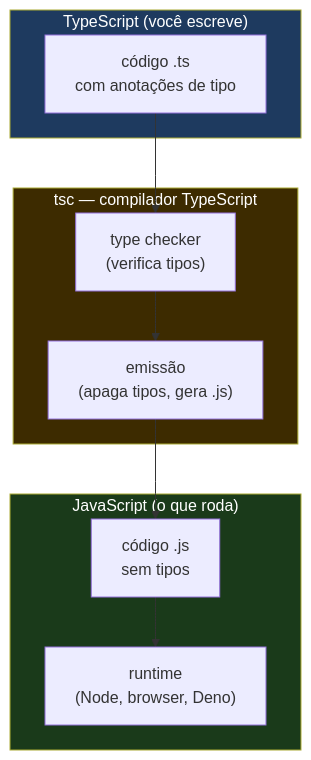
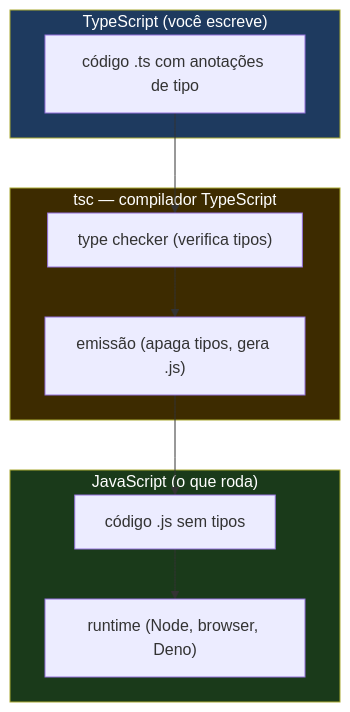
The first of 3 diagrams in 03-Dominios/Tecnologia/TypeScript/01 - O que é TypeScript - gradual, estrutural, apagado.md (josenaldo/codex-technomanticus), drawn with Mermaid before and after one commit. The commit also changed other lines of this file and 11 other files, not shown here.

````diff
--- a/03-Dominios/Tecnologia/TypeScript/01 - O que é TypeScript - gradual, estrutural, apagado.md
+++ b/03-Dominios/Tecnologia/TypeScript/01 - O que é TypeScript - gradual, estrutural, apagado.md
@@ -51,23 +49,23 @@
 ```mermaid
 flowchart TD
     subgraph TS["TypeScript (você escreve)"]
-        CODE["código .ts\ncom anotações de tipo"]
+        CODE["código .ts com anotações de tipo"]
     end
     subgraph TSC["tsc — compilador TypeScript"]
-        TC["type checker\n(verifica tipos)"]
-        EMIT["emissão\n(apaga tipos, gera .js)"]
+        TC["type checker (verifica tipos)"]
+        EMIT["emissão (apaga tipos, gera .js)"]
         TC --> EMIT
     end
     subgraph JS["JavaScript (o que roda)"]
-        JSOUT["código .js\nsem tipos"]
-        RUNTIME["runtime\n(Node, browser, Deno)"]
+        JSOUT["código .js sem tipos"]
+        RUNTIME["runtime (Node, browser, Deno)"]
         JSOUT --> RUNTIME
     end
 
     CODE --> TC
     EMIT --> JSOUT
 
     style TS fill:#1e3a5f,color:#fff
     style TSC fill:#3d2b00,color:#fff
     style JS fill:#1a3a1a,color:#fff
 ```
````
